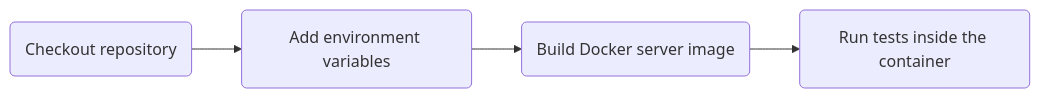
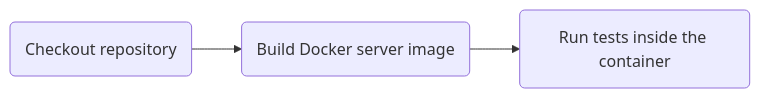
One commit to Abhiek187/ez-recipes-server changed the third of 5 diagrams in README.md. Above: the diagram before and after it, drawn with Mermaid.

Commit message:
Adjust Docker CI diagram

````diff
--- a/README.md
+++ b/README.md
@@ -62,7 +62,6 @@
 ```mermaid
 flowchart LR
 
-A(Checkout repository) --> B(Add environment variables)
-B --> C(Build Docker server image)
-C --> D(Run tests inside the container)
+A(Checkout repository) --> B(Build Docker server image)
+B --> C(Run tests inside the container)
 ```
````
